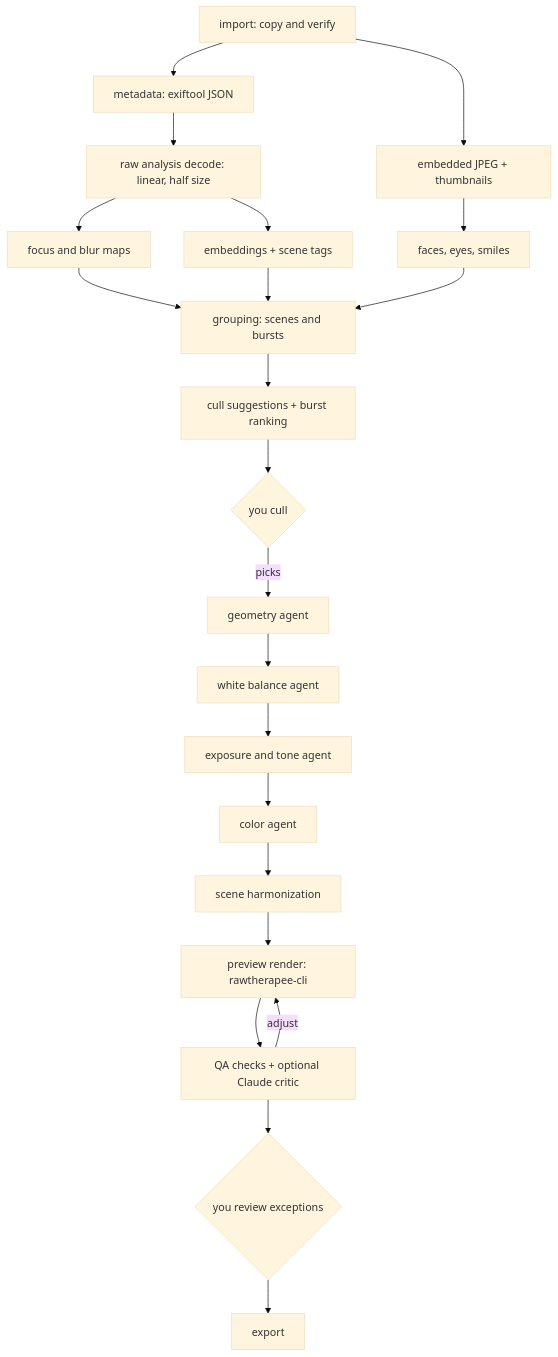
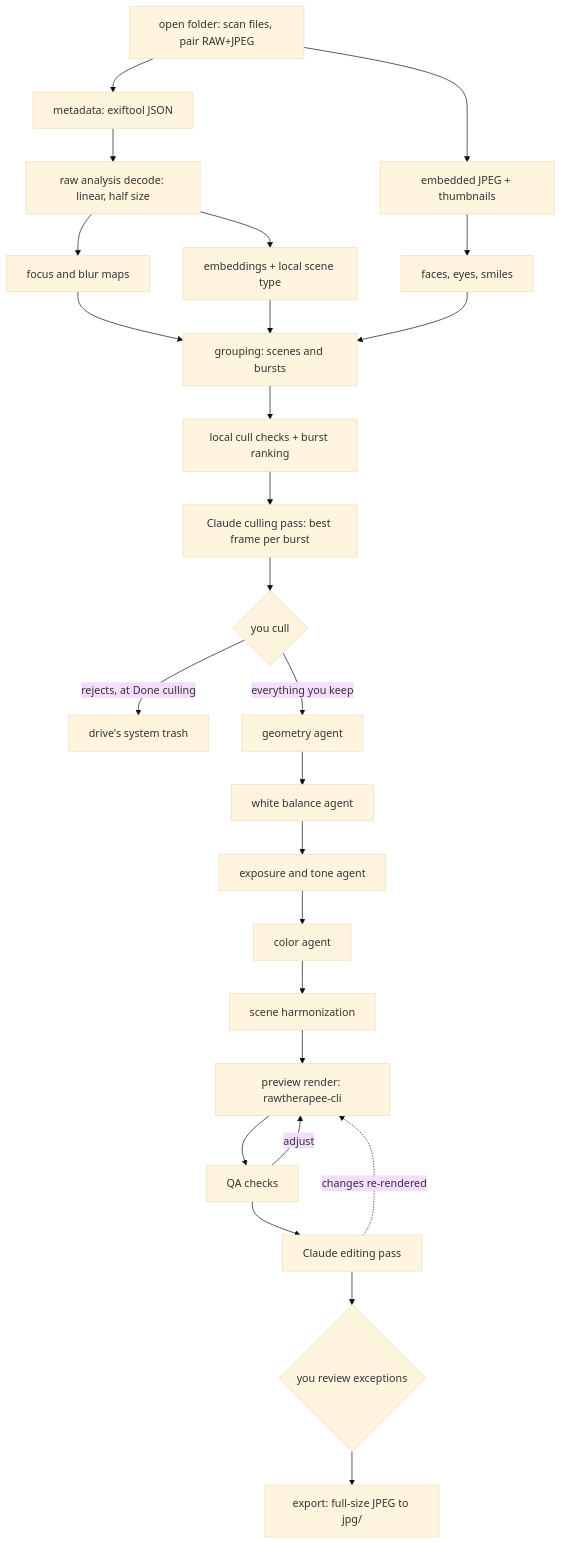
Before and after one commit to aleereza/raw-image-editor: the second of 2 diagrams in IMPLEMENTATION_PLAN.md, drawn with Mermaid (base theme). The commit also changed other lines of this file and 1 other file, not shown here.

First line of the commit message:
Update implementation plan to v0.3 with second review answers

````diff
--- a/IMPLEMENTATION_PLAN.md
+++ b/IMPLEMENTATION_PLAN.md
@@ -200,22 +207,26 @@
 ```mermaid
 flowchart TD
-  A["import: copy and verify"] --> B["metadata: exiftool JSON"]
+  A["open folder: scan files, pair RAW+JPEG"] --> B["metadata: exiftool JSON"]
   A --> C["embedded JPEG + thumbnails"]
   B --> D["raw analysis decode: linear, half size"]
   D --> E["focus and blur maps"]
   C --> F["faces, eyes, smiles"]
-  D --> G["embeddings + scene tags"]
+  D --> G["embeddings + local scene type"]
   E & F & G --> H["grouping: scenes and bursts"]
-  H --> I["cull suggestions + burst ranking"]
-  I --> J{"you cull"}
-  J -->|picks| K["geometry agent"]
+  H --> I["local cull checks + burst ranking"]
+  I --> CP["Claude culling pass: best frame per burst"]
+  CP --> J{"you cull"}
+  J -->|"rejects, at Done culling"| T["drive's system trash"]
+  J -->|"everything you keep"| K["geometry agent"]
   K --> L["white balance agent"]
   L --> M["exposure and tone agent"]
   M --> N["color agent"]
   N --> O["scene harmonization"]
   O --> P["preview render: rawtherapee-cli"]
-  P --> Q["QA checks + optional Claude critic"]
+  P --> Q["QA checks"]
   Q -->|adjust| P
-  Q --> R{"you review exceptions"}
-  R --> S["export"]
+  Q --> CE["Claude editing pass"]
+  CE -.->|"changes re-rendered"| P
+  CE --> R{"you review exceptions"}
+  R --> S["export: full-size JPEG to jpg/"]
 ```
````
